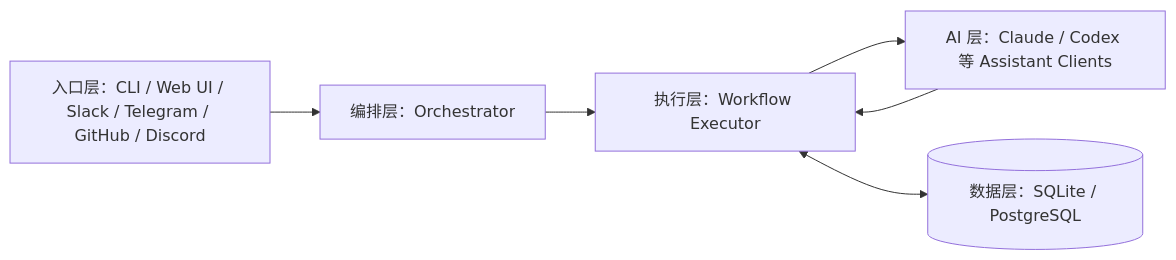
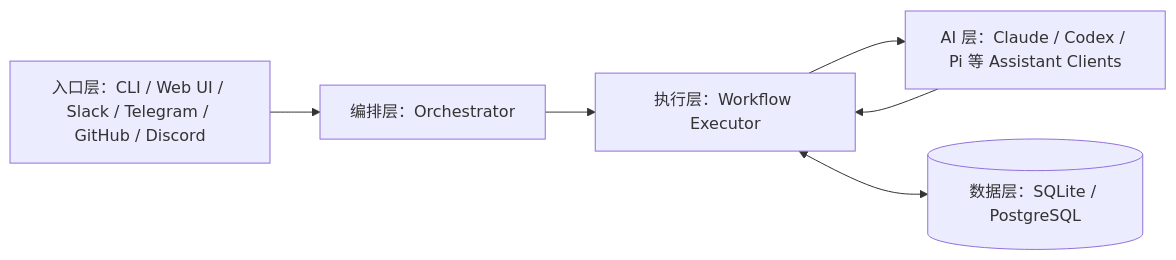
Before and after one commit to A1pha3/text-matrix: the diagram in content/posts/tech/archon-ai-coding-workflow-engine-guide.md, drawn with Mermaid. The commit also changed other lines of this file and 331 other files, not shown here.

````diff
--- a/content/posts/tech/archon-ai-coding-workflow-engine-guide.md
+++ b/content/posts/tech/archon-ai-coding-workflow-engine-guide.md
@@ -234,8 +243,8 @@
 ```mermaid
 flowchart LR
     Entry["入口层：CLI / Web UI / Slack / Telegram / GitHub / Discord"] --> Orchestrator["编排层：Orchestrator"]
     Orchestrator --> Executor["执行层：Workflow Executor"]
-    Executor --> AI["AI 层：Claude / Codex 等 Assistant Clients"]
+    Executor --> AI["AI 层：Claude / Codex / Pi 等 Assistant Clients"]
     AI --> Executor
     Executor <--> Data[("数据层：SQLite / PostgreSQL")]
 ```
````
